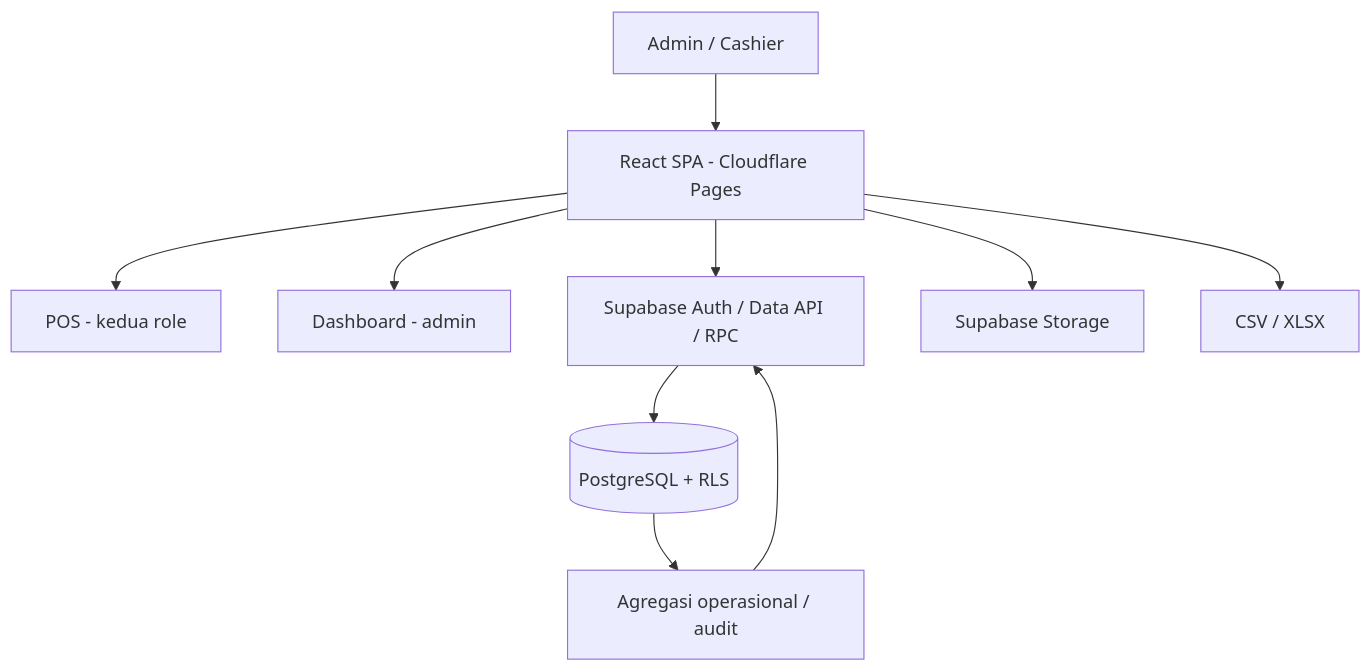
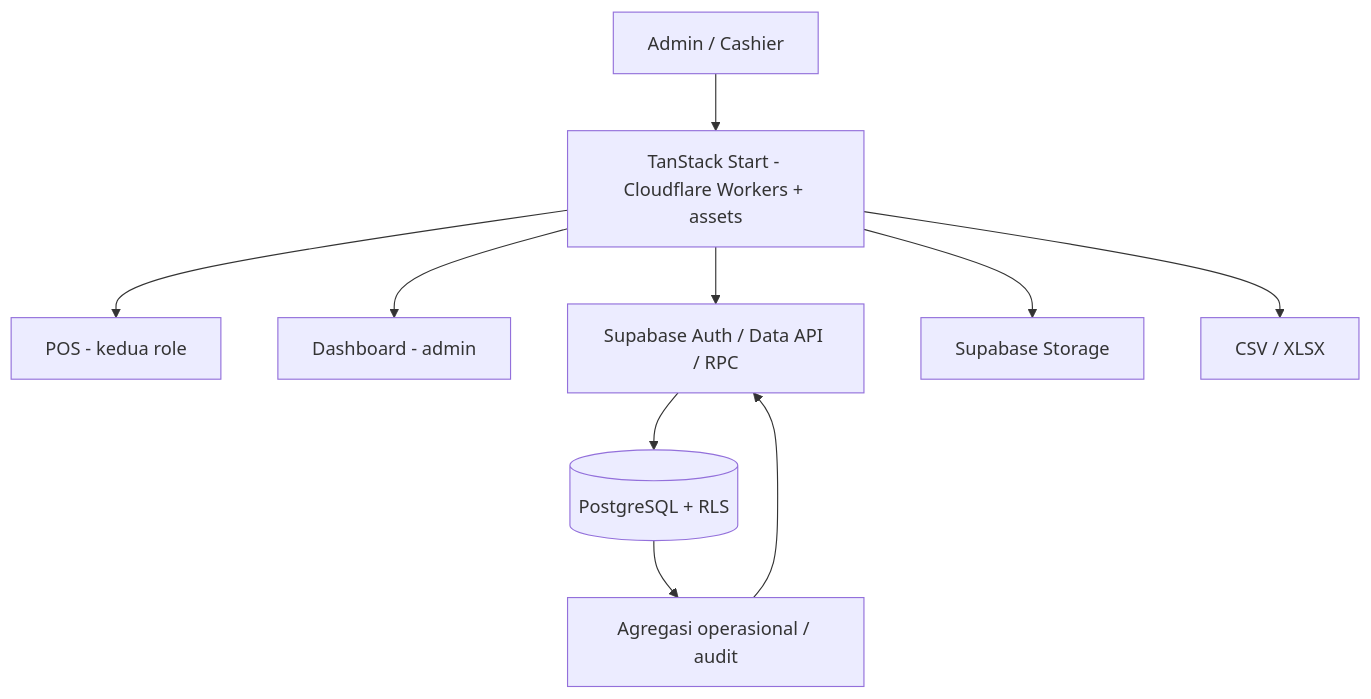
The diagram in docs/TECH-STACK.md (anugrahsy/alco-coffee-pos), drawn with Mermaid before and after one commit. The commit also changed other lines of this file and 42 other files, not shown here.

````diff
--- a/docs/TECH-STACK.md
+++ b/docs/TECH-STACK.md
@@ -71,12 +65,12 @@
 ```mermaid
 flowchart TD
-  U[Admin / Cashier] --> A[React SPA - Cloudflare Pages]
+  U[Admin / Cashier] --> A[TanStack Start - Cloudflare Workers + assets]
   A --> P[POS - kedua role]
   A --> D[Dashboard - admin]
   A --> S[Supabase Auth / Data API / RPC]
   S --> DB[(PostgreSQL + RLS)]
   A --> ST[Supabase Storage]
   DB --> R[Agregasi operasional / audit]
   R --> S
   A --> E[CSV / XLSX]
 ```
````
